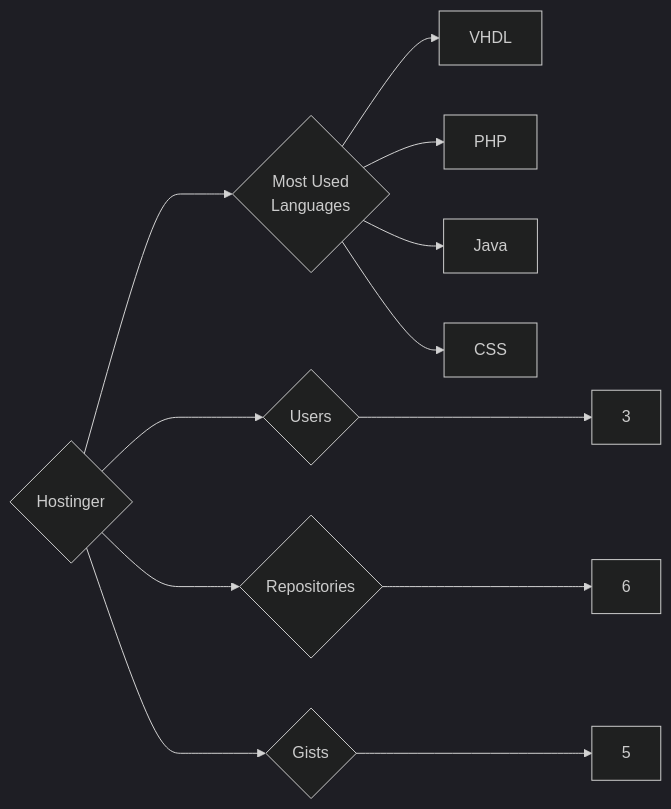
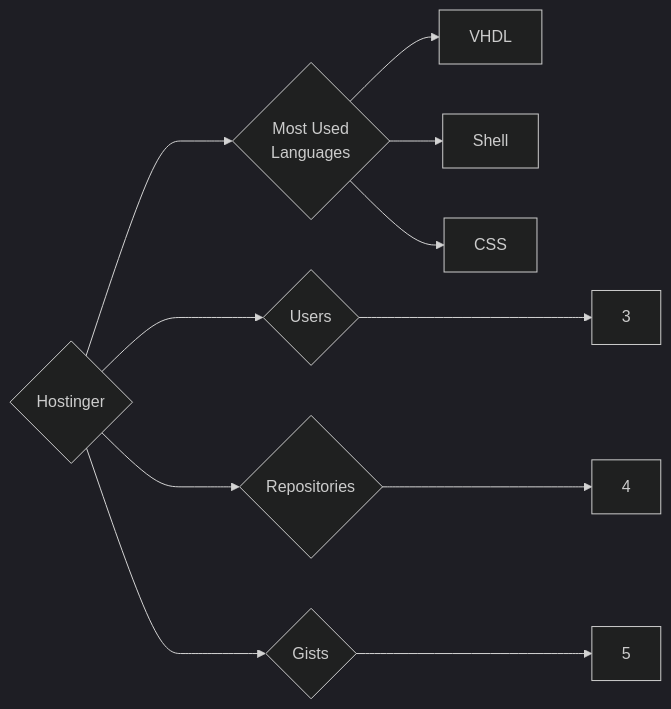
One commit to trickest/insiders changed the diagram in targets/Hostinger/README.md. Above: the diagram before and after it, drawn with Mermaid (dark theme). The commit also changed 1120 other files, not shown here.

````diff
--- a/targets/Hostinger/README.md
+++ b/targets/Hostinger/README.md
@@ -3,12 +3,11 @@
 ```mermaid
 graph LR
 COMPANY_NAME{Hostinger}
 COMPANY_NAME ---> U{Users} ---> UN[3]
-COMPANY_NAME ---> R{Repositories} ---> RN[6]
+COMPANY_NAME ---> R{Repositories} ---> RN[4]
 COMPANY_NAME ---> G{Gists} ---> GN[5]
 COMPANY_NAME ---> ML{Most Used<br>Languages}
 ML --> VHDL[VHDL]
-ML --> PHP[PHP]
-ML --> Java[Java]
+ML --> Shell[Shell]
 ML --> CSS[CSS]
 ```
````
